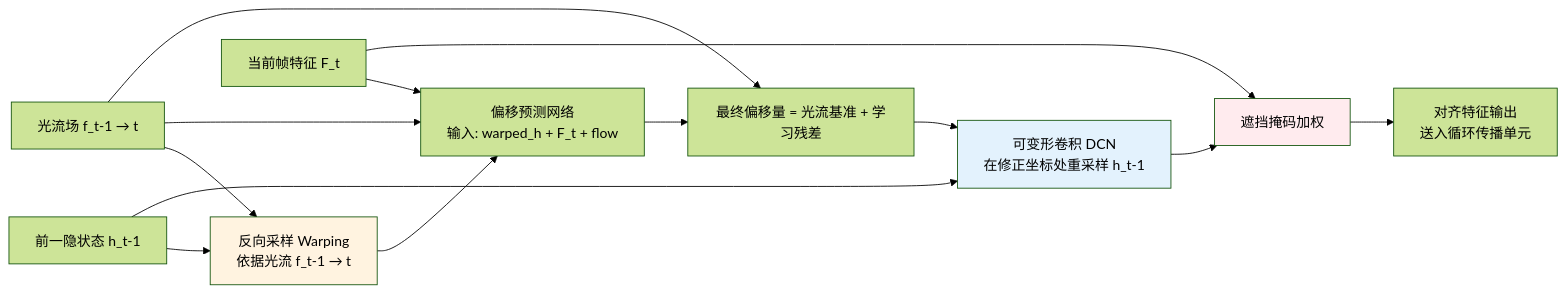
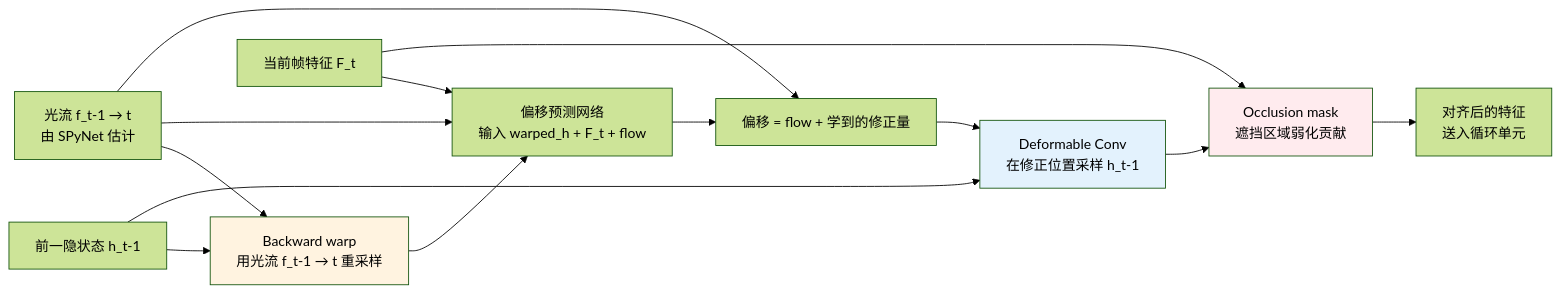
One commit to yingwang/image-enhancement-guide changed the second of 3 diagrams in chapters/14-video-models.md. Above: the diagram before and after it, drawn with Mermaid (forest theme). The commit also changed other lines of this file and 18 other files, not shown here.

````diff
--- a/chapters/14-video-models.md
+++ b/chapters/14-video-models.md
@@ -178,19 +192,19 @@
 ```mermaid
 graph LR
-    HPrev[前一隐状态 h_t-1] --> Warp[反向采样 Warping<br/>依据光流 f_t-1 → t]
-    Flow[光流场 f_t-1 → t] --> Warp
-    Ft[当前帧特征 F_t] --> OffsetNet[偏移预测网络<br/>输入: warped_h + F_t + flow]
+    HPrev[前一隐状态 h_t-1] --> Warp[Backward warp<br/>用光流 f_t-1 → t 重采样]
+    Flow[光流 f_t-1 → t<br/>由 SPyNet 估计] --> Warp
+    Ft[当前帧特征 F_t] --> OffsetNet[偏移预测网络<br/>输入 warped_h + F_t + flow]
     Warp --> OffsetNet
     Flow --> OffsetNet
-    OffsetNet --> Sum[最终偏移量 = 光流基准 + 学习残差]
+    OffsetNet --> Sum[偏移 = flow + 学到的修正量]
     Flow --> Sum
-    Sum --> DCN[可变形卷积 DCN<br/>在修正坐标处重采样 h_t-1]
+    Sum --> DCN[Deformable Conv<br/>在修正位置采样 h_t-1]
     HPrev --> DCN
-    DCN --> Mask[遮挡掩码加权]
+    DCN --> Mask[Occlusion mask<br/>遮挡区域弱化贡献]
     Ft --> Mask
-    Mask --> Out[对齐特征输出<br/>送入循环传播单元]
+    Mask --> Out[对齐后的特征<br/>送入循环单元]
 
     style Warp fill:#fff3e0
     style DCN fill:#e3f2fd
     style Mask fill:#ffebee
 ```
````
